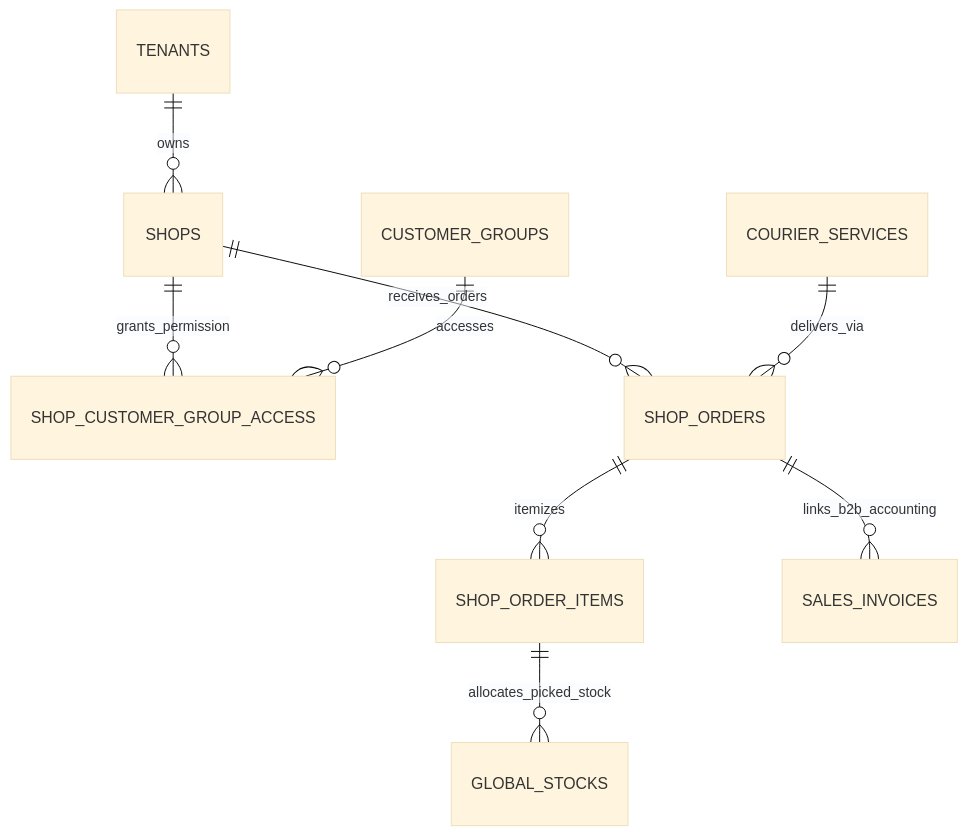
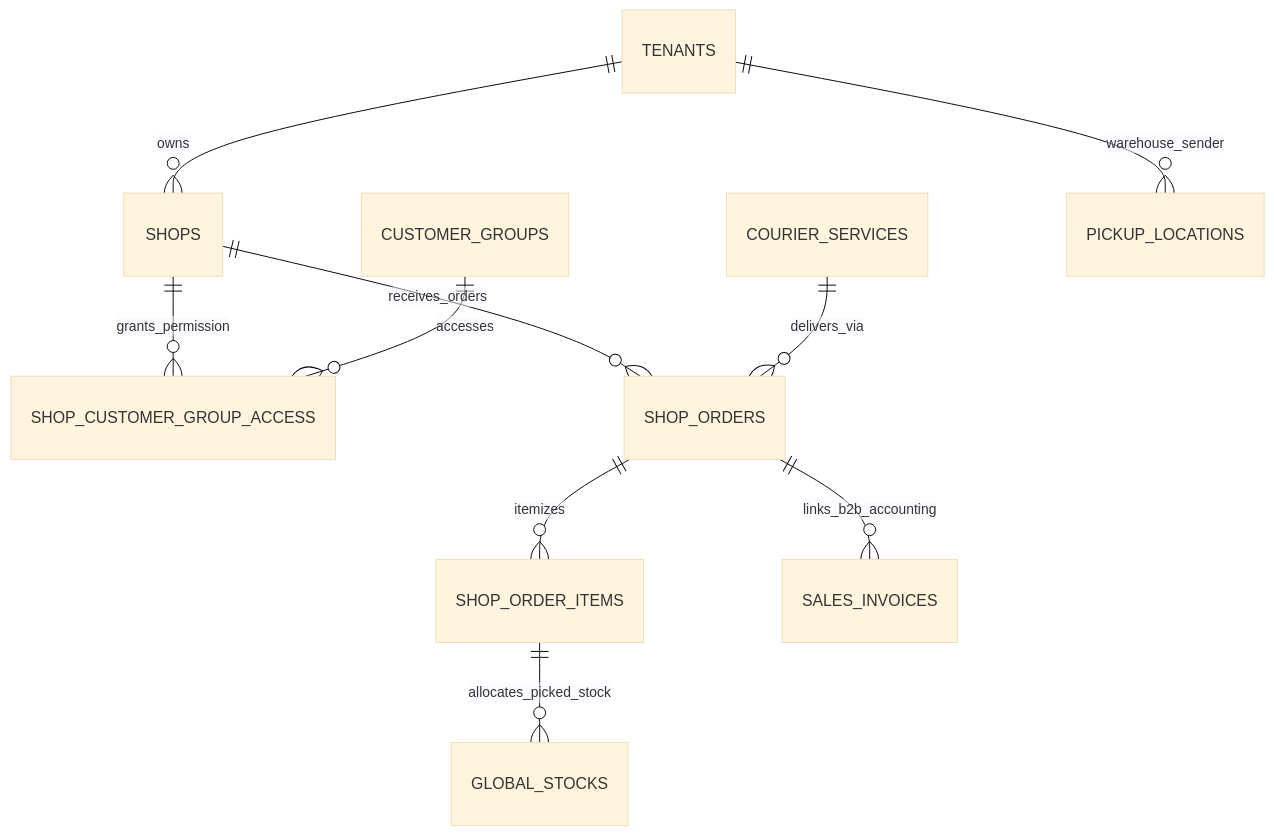
The diagram in docs/features/shop_order/02-data-model.md (david-git-2/brandwala-wholesale-quasar-v2), drawn with Mermaid (base theme) before and after one commit. The commit also changed other lines of this file and 63 other files, not shown here.

````diff
--- a/docs/features/shop_order/02-data-model.md
+++ b/docs/features/shop_order/02-data-model.md
@@ -12,11 +12,12 @@
 ```mermaid
 erDiagram
     TENANTS ||--o{ SHOPS : owns
     SHOPS ||--o{ SHOP_CUSTOMER_GROUP_ACCESS : grants_permission
     CUSTOMER_GROUPS ||--o{ SHOP_CUSTOMER_GROUP_ACCESS : accesses
     SHOPS ||--o{ SHOP_ORDERS : receives_orders
     SHOP_ORDERS ||--o{ SHOP_ORDER_ITEMS : itemizes
     SHOP_ORDER_ITEMS ||--o{ GLOBAL_STOCKS : allocates_picked_stock
     SHOP_ORDERS ||--o{ SALES_INVOICES : links_b2b_accounting
     COURIER_SERVICES ||--o{ SHOP_ORDERS : delivers_via
+    TENANTS ||--o{ PICKUP_LOCATIONS : warehouse_sender
 ```
````
